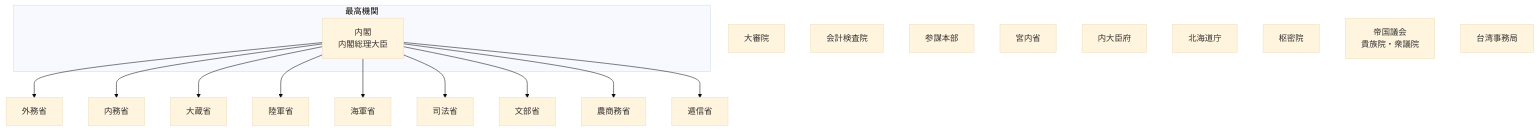
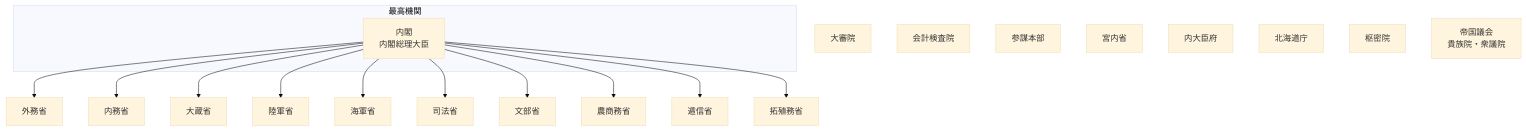
One commit to tatemaru/jp-admin-org-chart changed the diagram in README.md. Above: the diagram before and after it, drawn with Mermaid (base theme). The commit also changed other lines of this file, not shown here.

First line of the commit message:
feat(拓殖務省): 拓殖務省を設置

````diff
--- a/README.md
+++ b/README.md
@@ -9,35 +9,36 @@
 ```mermaid
 flowchart TB
   subgraph top["最高機関"]
     Cab["内閣
 内閣総理大臣"]
   end
   Gaimu["外務省"]
   Cab --> Gaimu
   Naimu["内務省"]
   Cab --> Naimu
   Okura["大蔵省"]
   Cab --> Okura
   Rikugun["陸軍省"]
   Cab --> Rikugun
   Kaigun["海軍省"]
   Cab --> Kaigun
   Shiho["司法省"]
   Cab --> Shiho
   Mombu["文部省"]
   Cab --> Mombu
   Nosho["農商務省"]
   Cab --> Nosho
   Teishin["逓信省"]
   Cab --> Teishin
+  Takushoku["拓殖務省"]
+  Cab --> Takushoku
   Daishin["大審院"]
   Audit["会計検査院"]
   Sanbo["参謀本部"]
   Kunai["宮内省"]
   Naidaijin["内大臣府"]
   Hokkaido["北海道庁"]
   Privy["枢密院"]
   Diet["帝国議会
 貴族院・衆議院"]
-  TaiwanJim["台湾事務局"]
 ```
````
